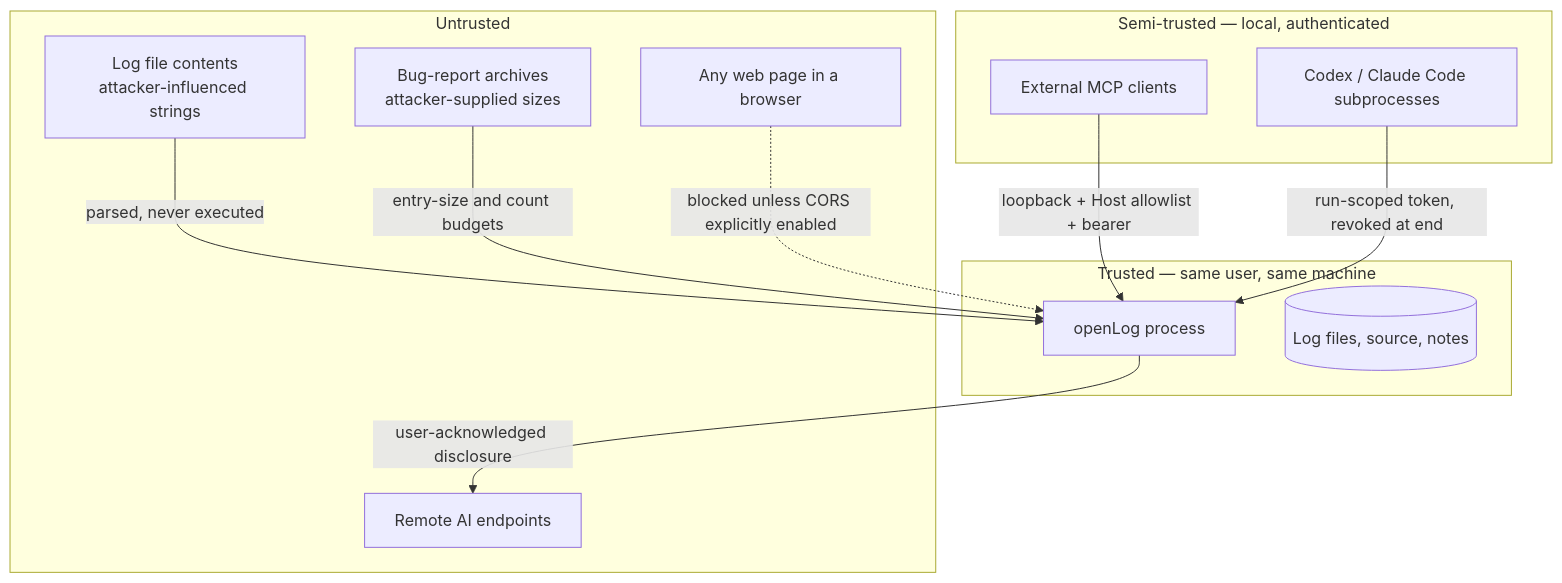
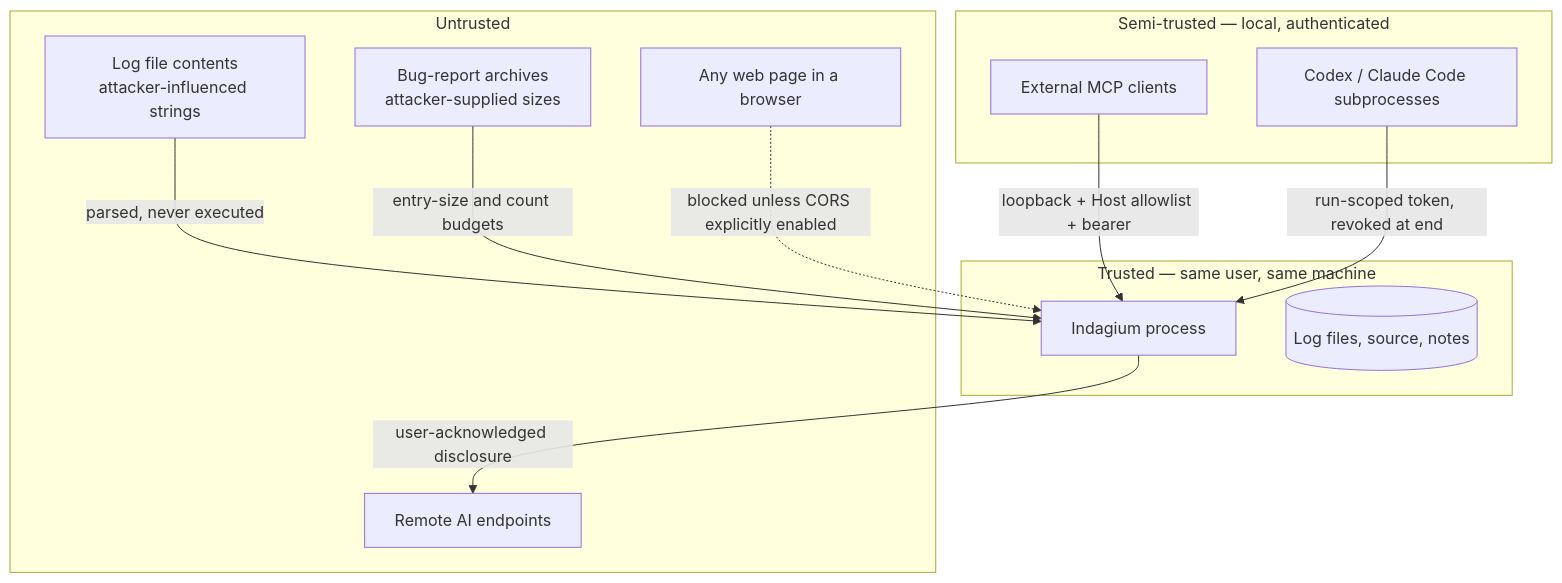
Before and after one commit to indagium/indagium: diagram 14 of 14 in docs/SAAD.md, drawn with Mermaid. The commit also changed other lines of this file and 20 other files, not shown here.

````diff
--- a/docs/SAAD.md
+++ b/docs/SAAD.md
@@ -1730,26 +1766,26 @@
 ```mermaid
 flowchart TB
     subgraph trusted["Trusted — same user, same machine"]
-        app["openLog process"]
+        app["Indagium process"]
         files[("Log files, source, notes")]
     end
 
     subgraph semi["Semi-trusted — local, authenticated"]
         mcp["External MCP clients"]
         cli["Codex / Claude Code subprocesses"]
     end
 
     subgraph untrusted["Untrusted"]
         content["Log file contents<br/>attacker-influenced strings"]
         archives["Bug-report archives<br/>attacker-supplied sizes"]
         remote["Remote AI endpoints"]
         browser["Any web page in a browser"]
     end
 
     mcp -->|"loopback + Host allowlist + bearer"| app
     cli -->|"run-scoped token, revoked at end"| app
     content -->|"parsed, never executed"| app
     archives -->|"entry-size and count budgets"| app
     app -->|"user-acknowledged disclosure"| remote
     browser -.->|"blocked unless CORS explicitly enabled"| app
 ```
````
